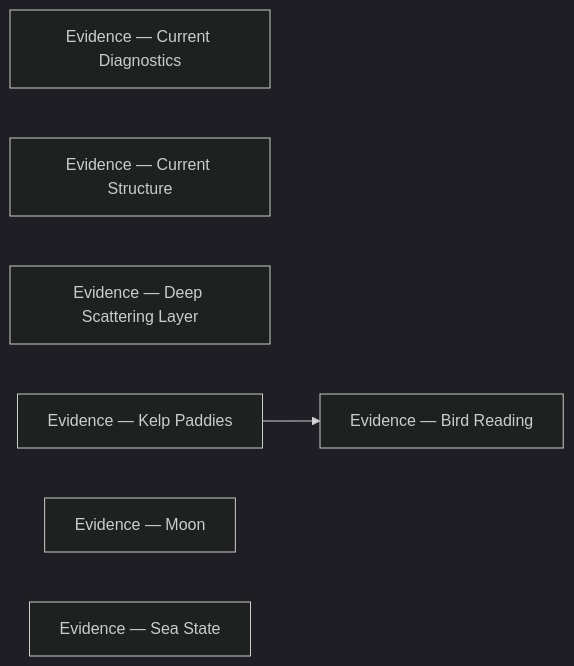
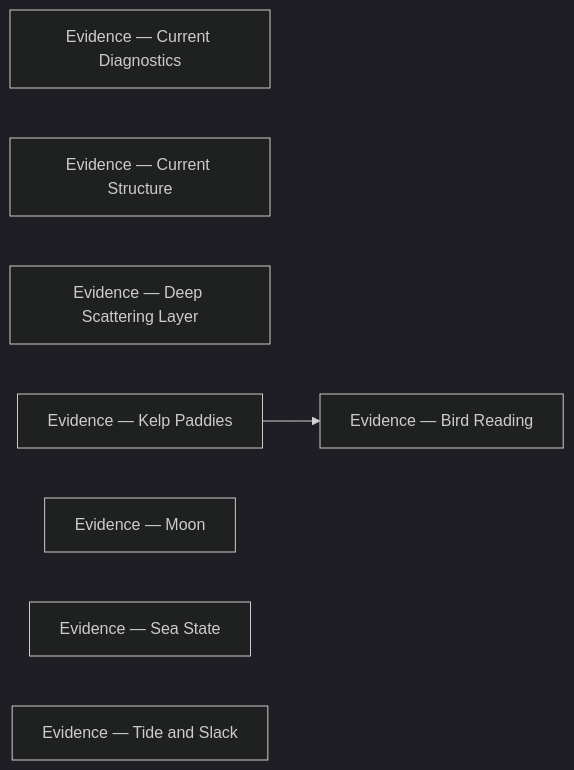
The diagram in conditions/evidence/README.md (camchuckpete-max/Socal-Fishing-Knowledge), drawn with Mermaid (dark theme) before and after one commit. The commit also changed other lines of this file and 5 other files, not shown here.

Commit message:
review: conditions/tide-and-slack.md — transform

````diff
--- a/conditions/evidence/README.md
+++ b/conditions/evidence/README.md
@@ -20,11 +21,12 @@
 ```mermaid
 graph LR
   n0["Evidence — Bird Reading"]
   n1["Evidence — Current Diagnostics"]
   n2["Evidence — Current Structure"]
   n3["Evidence — Deep Scattering Layer"]
   n4["Evidence — Kelp Paddies"]
   n5["Evidence — Moon"]
   n6["Evidence — Sea State"]
+  n7["Evidence — Tide and Slack"]
   n4 --> n0
 ```
````
